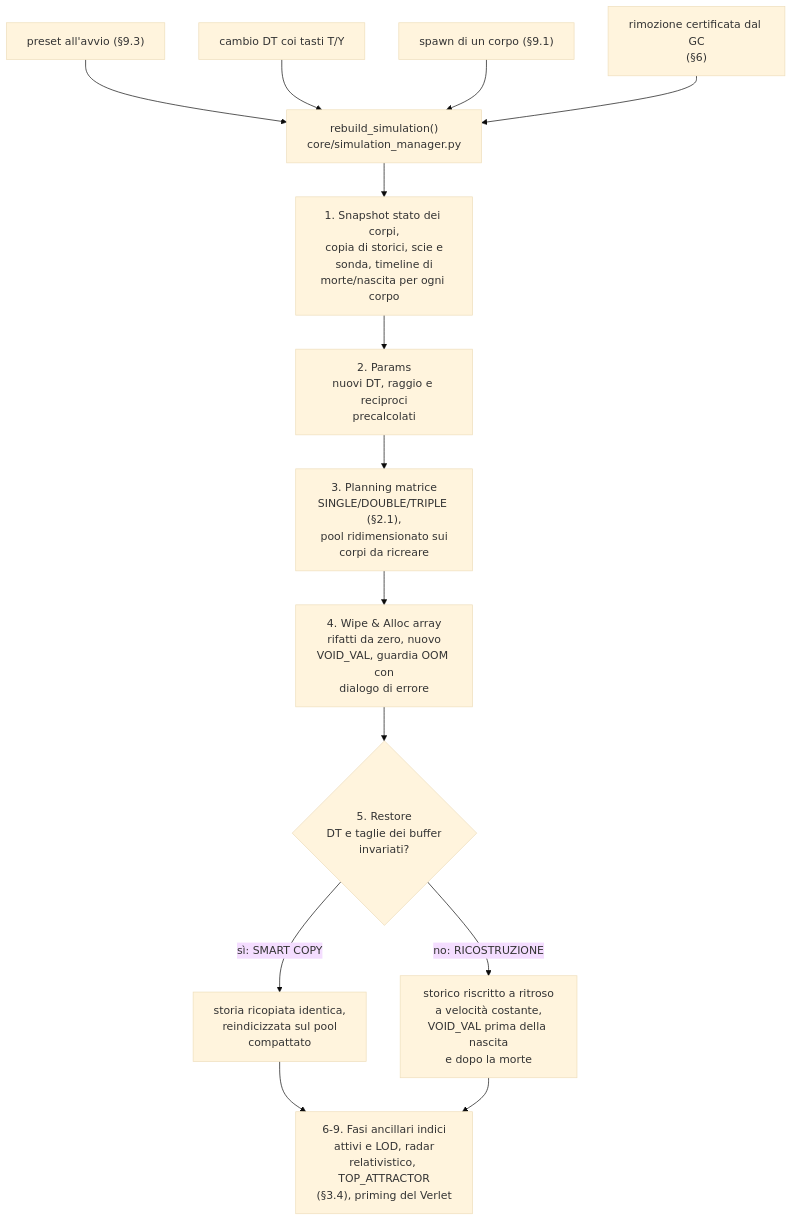
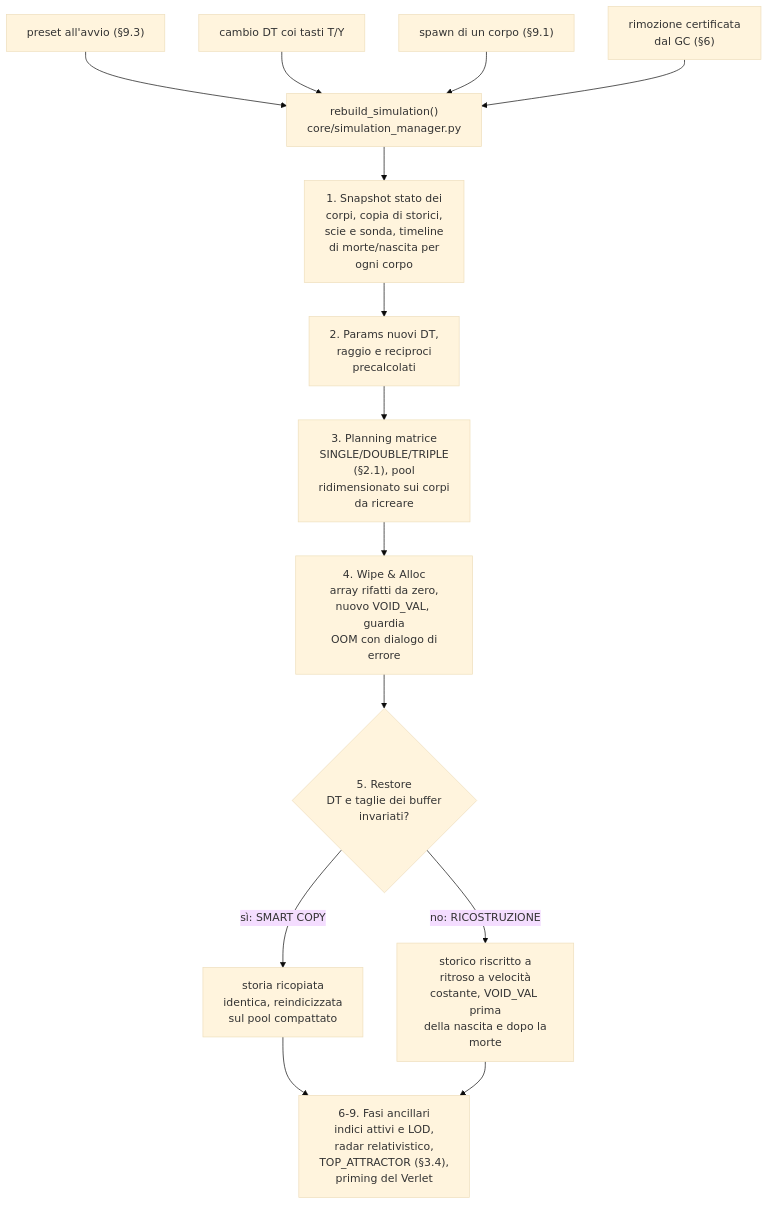
Before and after one commit to alessandro-pioli/AstroCausal_Engine: the third of 11 diagrams in ARCHITECTURE_DEEP_DIVE.it.md, drawn with Mermaid (base theme). The commit also changed other lines of this file and 2 other files, not shown here.

````diff
--- a/ARCHITECTURE_DEEP_DIVE.it.md
+++ b/ARCHITECTURE_DEEP_DIVE.it.md
@@ -378,20 +376,20 @@
 ```mermaid
 flowchart TD
     T1["preset all'avvio (§9.3)"] --> R
     T2["cambio DT coi tasti T/Y"] --> R
     T3["spawn di un corpo (§9.1)"] --> R
-    T4["rimozione certificata dal GC<br/>(§6)"] --> R
+    T4["rimozione certificata<br/>dal GC (§6)"] --> R
 
     R["rebuild_simulation()<br/>core/simulation_manager.py"] --> F1
 
-    F1["1. Snapshot stato dei corpi,<br/>copia di storici, scie e<br/>sonda, timeline di<br/>morte/nascita per ogni corpo"] --> F2
-    F2["2. Params<br/>nuovi DT, raggio e reciproci<br/>precalcolati"] --> F3
-    F3["3. Planning matrice<br/>SINGLE/DOUBLE/TRIPLE (§2.1),<br/>pool ridimensionato sui<br/>corpi da ricreare"] --> F4
-    F4["4. Wipe &amp; Alloc array<br/>rifatti da zero, nuovo<br/>VOID_VAL, guardia OOM con<br/>dialogo di errore"] --> F5
+    F1["1. Snapshot stato dei<br/>corpi, copia di storici,<br/>scie e sonda, timeline<br/>di morte/nascita per<br/>ogni corpo"] --> F2
+    F2["2. Params nuovi DT,<br/>raggio e reciproci<br/>precalcolati"] --> F3
+    F3["3. Planning matrice<br/>SINGLE/DOUBLE/TRIPLE<br/>(§2.1), pool<br/>ridimensionato sui corpi<br/>da ricreare"] --> F4
+    F4["4. Wipe &amp; Alloc<br/>array rifatti da zero,<br/>nuovo VOID_VAL, guardia<br/>OOM con dialogo di<br/>errore"] --> F5
     F5{"5. Restore<br/>DT e taglie dei buffer<br/>invariati?"}
-    F5 -->|"sì: SMART COPY"| C1["storia ricopiata identica,<br/>reindicizzata sul pool<br/>compattato"]
-    F5 -->|"no: RICOSTRUZIONE"| C2["storico riscritto a ritroso<br/>a velocità costante,<br/>VOID_VAL prima della nascita<br/>e dopo la morte"]
+    F5 -->|"sì: SMART COPY"| C1["storia ricopiata<br/>identica, reindicizzata<br/>sul pool compattato"]
+    F5 -->|"no: RICOSTRUZIONE"| C2["storico riscritto a<br/>ritroso a velocità<br/>costante, VOID_VAL prima<br/>della nascita e dopo la<br/>morte"]
     C1 --> F6
     C2 --> F6
-    F6["6-9. Fasi ancillari indici<br/>attivi e LOD, radar<br/>relativistico, TOP_ATTRACTOR<br/>(§3.4), priming del Verlet"]
+    F6["6-9. Fasi ancillari<br/>indici attivi e LOD,<br/>radar relativistico,<br/>TOP_ATTRACTOR (§3.4),<br/>priming del Verlet"]
 ```
````
